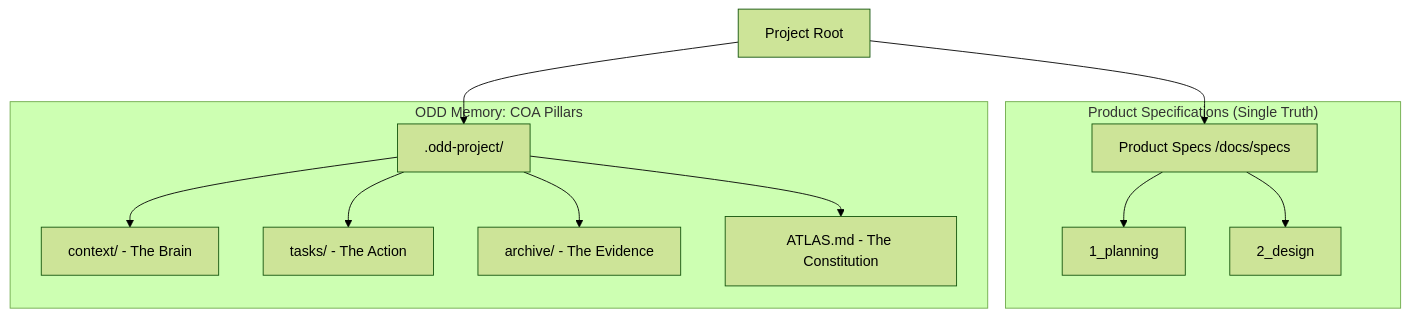
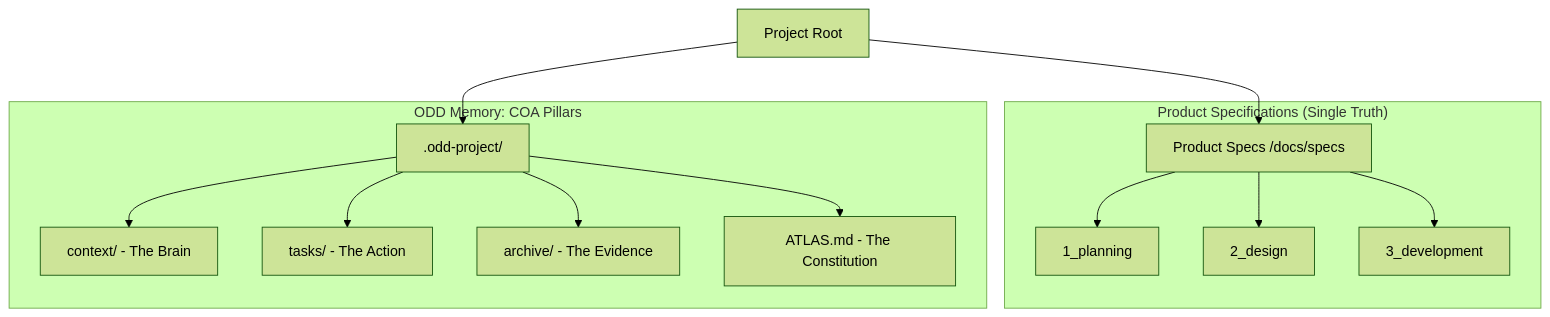
One commit to imincheol/odd-kit changed the diagram in README.md. Above: the diagram before and after it, drawn with Mermaid (forest theme). The commit also changed other lines of this file and 29 other files, not shown here.

````diff
--- a/README.md
+++ b/README.md
@@ -28,17 +28,18 @@
 ```mermaid
 graph TD
     Root[Project Root] --> Specs[Product Specs /docs/specs]
     Root --> ODD[.odd-project/]
     
     subgraph "Product Specifications (Single Truth)"
         Specs --> Planning[1_planning]
         Specs --> Design[2_design]
+        Specs --> Dev[3_development]
     end
     
     subgraph "ODD Memory: COA Pillars"
         ODD --> Context[context/ - The Brain]
         ODD --> Orders[tasks/ - The Action]
         ODD --> Archive[archive/ - The Evidence]
         ODD --> Atlas[ATLAS.md - The Constitution]
     end
 ```
````
